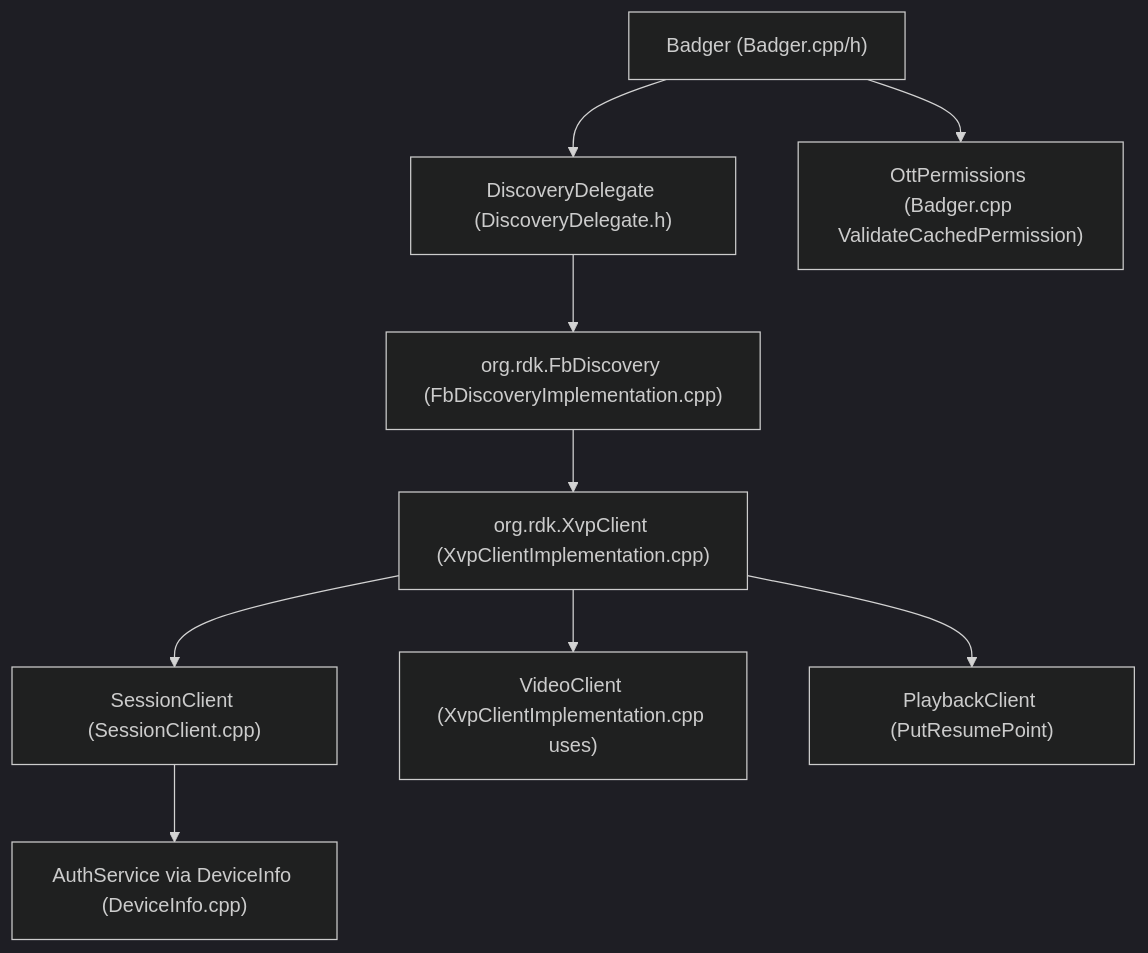
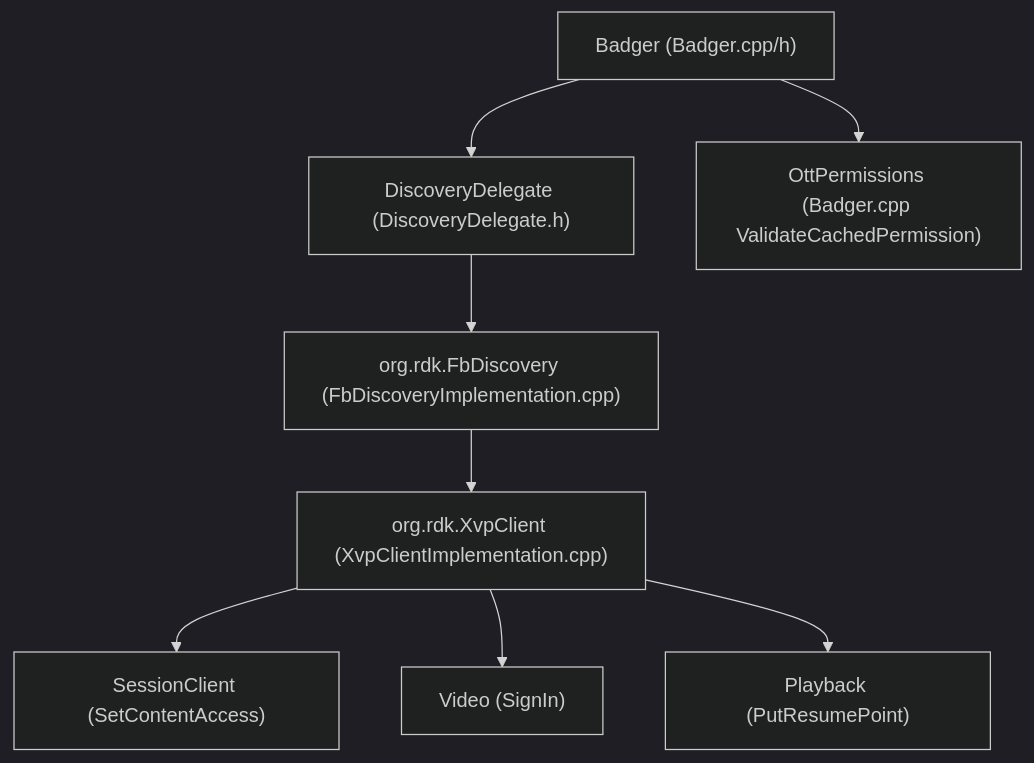
Before and after one commit to Naveennat/app-gateway2: the second of 2 diagrams in kavia-docs/entitlements-xvp-delegate-design.md, drawn with Mermaid (dark theme). The commit also changed other lines of this file and 8 other files, not shown here.

````diff
--- a/kavia-docs/entitlements-xvp-delegate-design.md
+++ b/kavia-docs/entitlements-xvp-delegate-design.md
@@ -303,11 +166,10 @@
 ```mermaid
 graph TD
   A["Badger (Badger.cpp/h)"] --> B["DiscoveryDelegate (DiscoveryDelegate.h)"]
   B --> C["org.rdk.FbDiscovery (FbDiscoveryImplementation.cpp)"]
   C --> D["org.rdk.XvpClient (XvpClientImplementation.cpp)"]
-  D --> E["SessionClient (SessionClient.cpp)"]
-  D --> F["VideoClient (XvpClientImplementation.cpp uses)"]
-  D --> G["PlaybackClient (PutResumePoint)"]
+  D --> E["SessionClient (SetContentAccess)"]
+  D --> F["Video (SignIn)"]
+  D --> G["Playback (PutResumePoint)"]
   A --> H["OttPermissions (Badger.cpp ValidateCachedPermission)"]
-  E --> I["AuthService via DeviceInfo (DeviceInfo.cpp)"]
 ```
````
